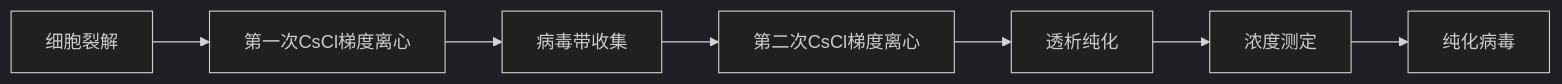
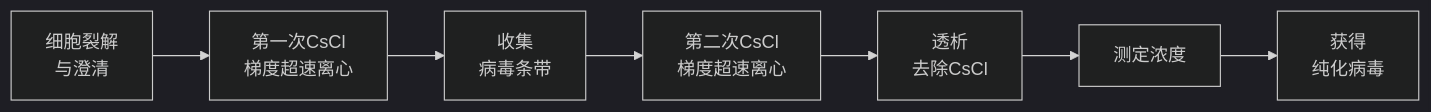
One commit to Raymon-Lyu/Veterinary-Medicine changed the diagram in 生物分离工程/展示.md. Above: the diagram before and after it, drawn with Mermaid (dark theme).

Commit message:
vault backup: 2025-10-06 10:58:08

````diff
--- a/生物分离工程/展示.md
+++ b/生物分离工程/展示.md
@@ -41,9 +41,6 @@
 ```mermaid
 graph LR
-    A[细胞裂解] --> B[第一次CsCl梯度离心]
-    B --> C[病毒带收集]
-    C --> D[第二次CsCl梯度离心]
-    D --> E[透析纯化]
-    E --> F[浓度测定]
-    F --> G[纯化病毒]
+    A[细胞裂解<br>与澄清] --> B[第一次CsCl<br>梯度超速离心] --> C[收集<br>病毒条带];
+    C --> D[第二次CsCl<br>梯度超速离心] --> E[透析<br>去除CsCl];
+    E --> F[测定浓度] --> G[获得<br>纯化病毒];
 ```
````
